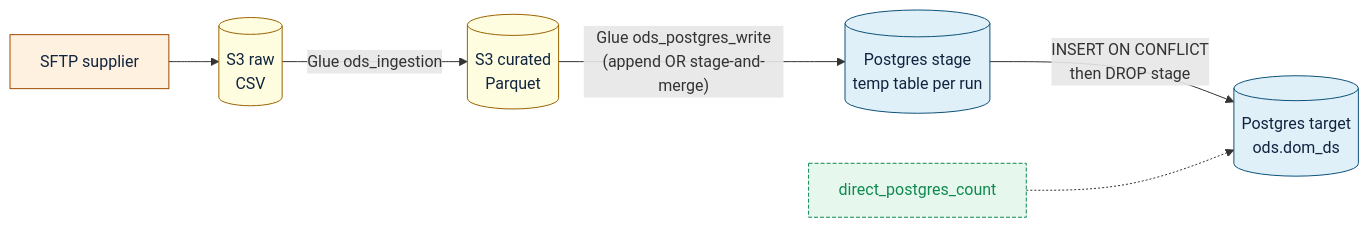
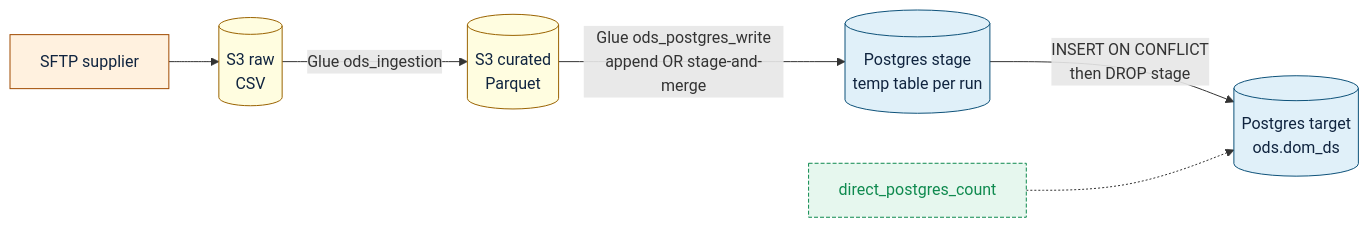
One commit to holdersav20001/ods changed the sixth of 6 diagrams in README.md. Above: the diagram before and after it, drawn with Mermaid. The commit also changed other lines of this file, not shown here.

First line of the commit message:
fix(readme): quote Mermaid node labels with parens / br

````diff
--- a/README.md
+++ b/README.md
@@ -259,20 +259,20 @@
 ```mermaid
 flowchart LR
   classDef store  fill:#fffde0,stroke:#9a6300,color:#10243f
   classDef pg     fill:#e0f0f9,stroke:#0e527a,color:#10243f
   classDef src    fill:#fff1df,stroke:#a04a00,color:#10243f
   classDef recon  fill:#e6f7ee,stroke:#0f8a4f,color:#0f8a4f,stroke-dasharray: 4 2
 
   SFTP[SFTP supplier]:::src
   S3R[(S3 raw\nCSV)]:::store
   S3C[(S3 curated\nParquet)]:::store
-  STG[(Postgres stage\ntemp table per run)]:::pg
-  PG[(Postgres target\nods.dom_ds)]:::pg
+  STG[("Postgres stage<br/>temp table per run")]:::pg
+  PG[("Postgres target<br/>ods.dom_ds")]:::pg
 
   SFTP --> S3R
   S3R -- "Glue ods_ingestion" --> S3C
-  S3C -- "Glue ods_postgres_write\n(append OR stage-and-merge)" --> STG
-  STG -- "INSERT ON CONFLICT\nthen DROP stage" --> PG
+  S3C -- "Glue ods_postgres_write<br/>append OR stage-and-merge" --> STG
+  STG -- "INSERT ON CONFLICT<br/>then DROP stage" --> PG
 
   R[direct_postgres_count]:::recon -.-> PG
 ```
````
